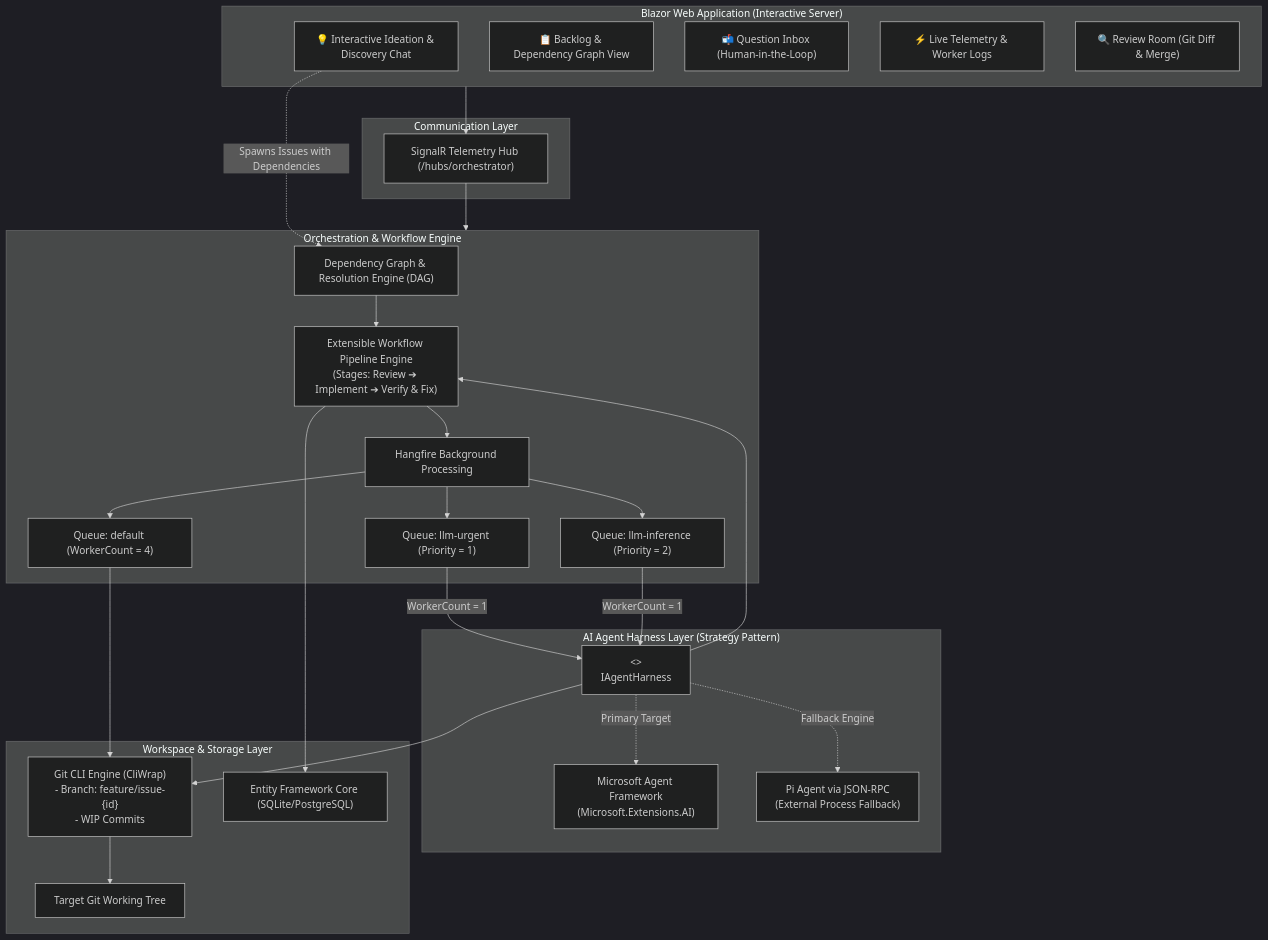
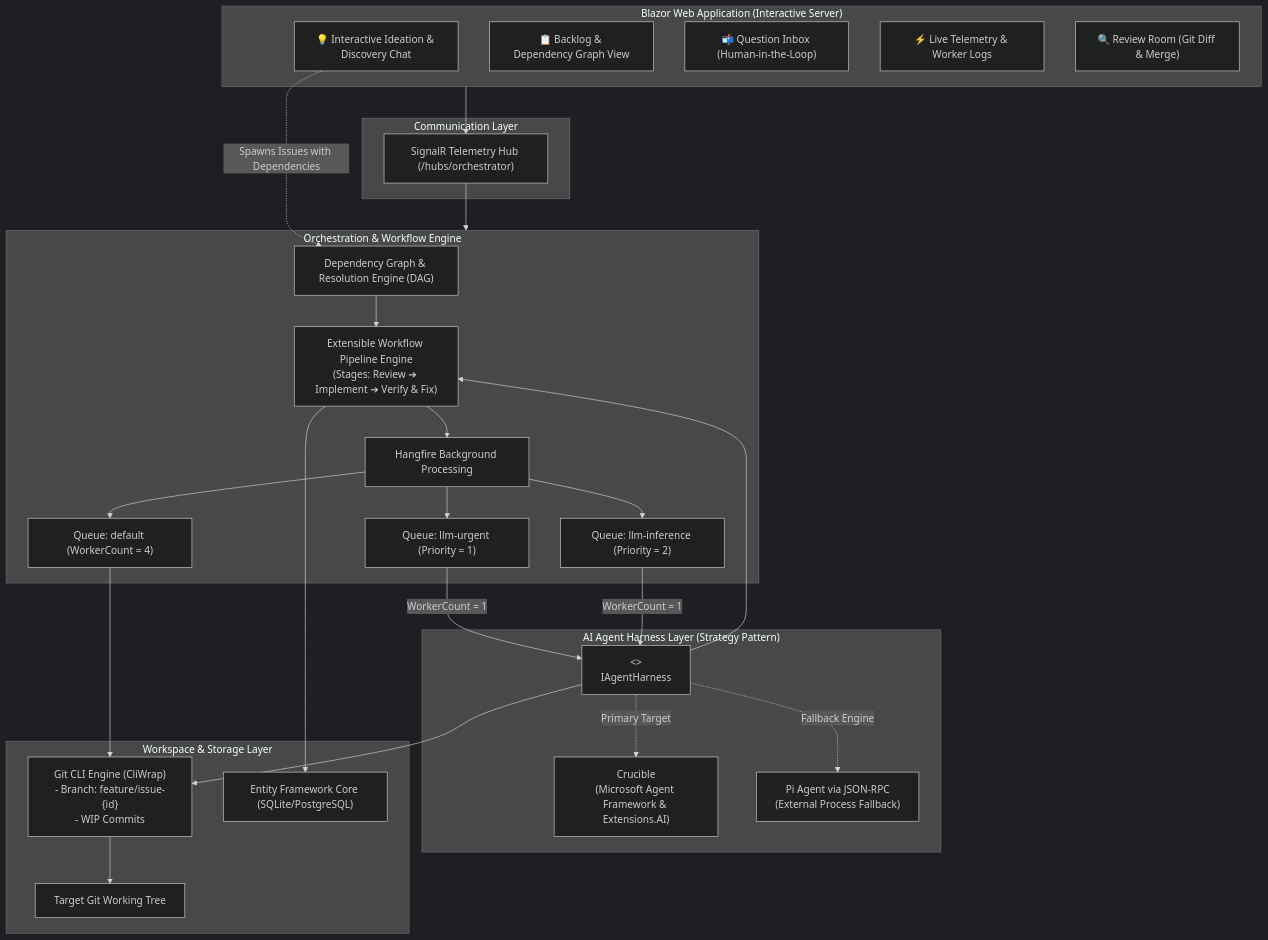
The first of 14 diagrams in docs/ARCHITECTURE.md (jetelain/NightCodeForge), drawn with Mermaid (dark theme) before and after one commit. The commit also changed other lines of this file and 2 other files, not shown here.

````diff
--- a/docs/ARCHITECTURE.md
+++ b/docs/ARCHITECTURE.md
@@ -29,56 +29,56 @@
 ```mermaid
 flowchart TB
     subgraph UI ["Blazor Web Application (Interactive Server)"]
         Ideation["💡 Interactive Ideation & Discovery Chat"]
         Backlog["📋 Backlog & Dependency Graph View"]
         Inbox["📬 Question Inbox (Human-in-the-Loop)"]
         Monitor["⚡ Live Telemetry & Worker Logs"]
         Review["🔍 Review Room (Git Diff & Merge)"]
     end
 
     subgraph Hubs ["Communication Layer"]
         SignalR["SignalR Telemetry Hub (/hubs/orchestrator)"]
     end
 
     subgraph Core ["Orchestration & Workflow Engine"]
         DepEngine["Dependency Graph & Resolution Engine (DAG)"]
         PipelineEngine["Extensible Workflow Pipeline Engine\n(Stages: Review ➔ Implement ➔ Verify & Fix)"]
         HangfireEngine["Hangfire Background Processing"]
         QueueUrgent["Queue: llm-urgent (Priority = 1)"]
         QueueStandard["Queue: llm-inference (Priority = 2)"]
         QueueUtility["Queue: default (WorkerCount = 4)"]
     end
 
     subgraph Harness ["AI Agent Harness Layer (Strategy Pattern)"]
         IHarness["<<interface>>\nIAgentHarness"]
-        MsAgent["Microsoft Agent Framework\n(Microsoft.Extensions.AI)"]
+        Crucible["Crucible\n(Microsoft Agent Framework & Extensions.AI)"]
         PiRpc["Pi Agent via JSON-RPC\n(External Process Fallback)"]
     end
 
     subgraph Workspaces ["Workspace & Storage Layer"]
         GitCli["Git CLI Engine (CliWrap)\n- Branch: feature/issue-{id}\n- WIP Commits"]
         EFCore["Entity Framework Core (SQLite/PostgreSQL)"]
         LocalRepo["Target Git Working Tree"]
     end
 
     UI --> SignalR
     SignalR --> Core
     Ideation -.->|Spawns Issues with Dependencies| DepEngine
     DepEngine --> PipelineEngine
     PipelineEngine --> HangfireEngine
     HangfireEngine --> QueueUrgent
     HangfireEngine --> QueueStandard
     HangfireEngine --> QueueUtility
 
     QueueUrgent -->|WorkerCount = 1| IHarness
     QueueStandard -->|WorkerCount = 1| IHarness
     QueueUtility --> GitCli
 
-    IHarness -.->|Primary Target| MsAgent
+    IHarness -.->|Primary Target| Crucible
     IHarness -.->|Fallback Engine| PiRpc
 
     IHarness --> PipelineEngine
     IHarness --> GitCli
     GitCli --> LocalRepo
     PipelineEngine --> EFCore
 ```
````
